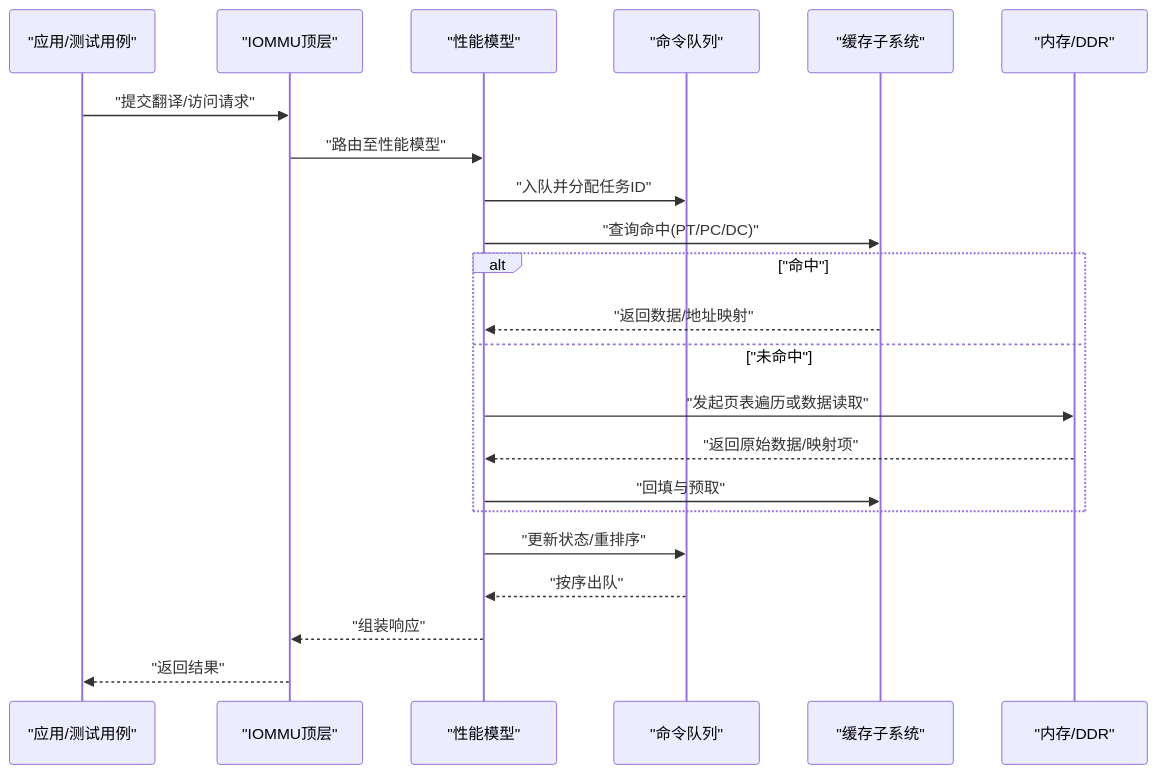
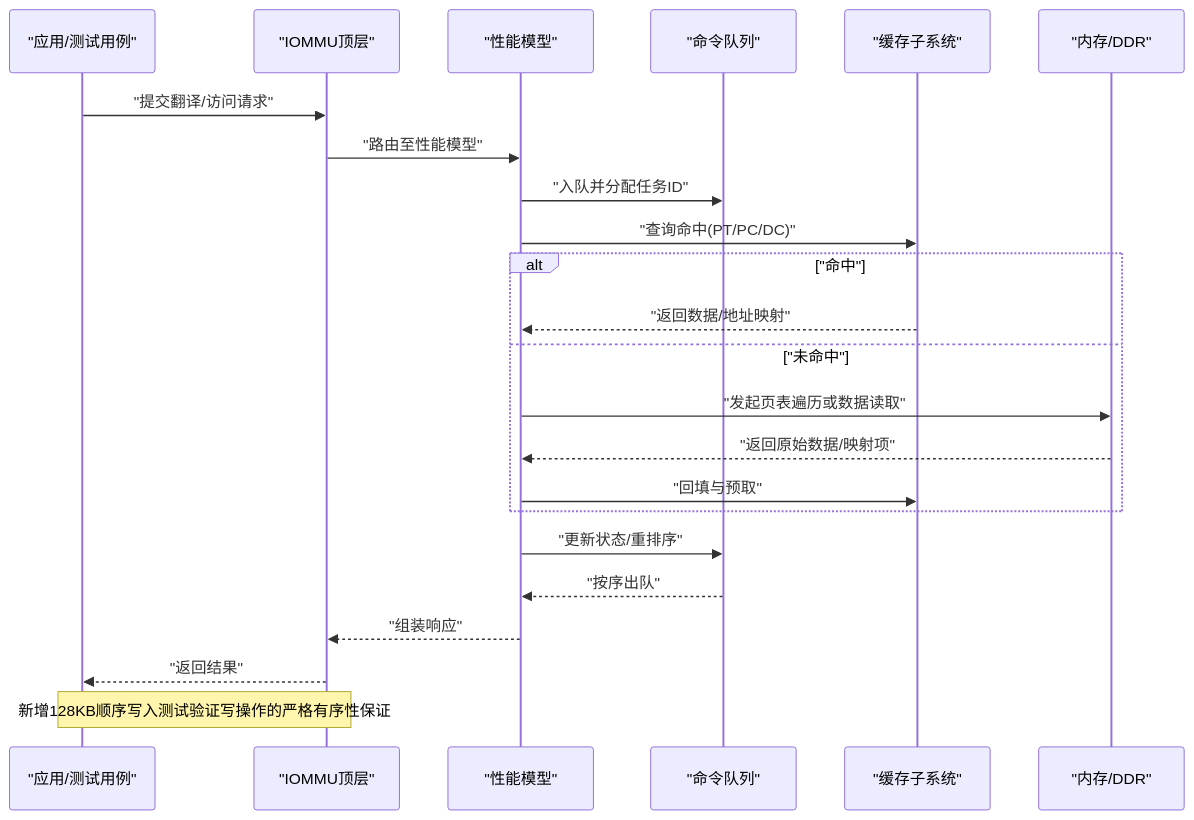
Before and after one commit to jiangjiang1122/iommu_model_20260401_v1: the second of 5 diagrams in .qoder/repowiki/zh/content/测试与验证/性能测试/Scenario 9高性能测试场景.md, drawn with Mermaid. The commit also changed other lines of this file and 159 other files, not shown here.

Commit message:
chore: 更新知识库文档 + 新增PTW并发分析图表与数据文件

````diff
--- a/.qoder/repowiki/zh/content/测试与验证/性能测试/Scenario 9高性能测试场景.md
+++ b/.qoder/repowiki/zh/content/测试与验证/性能测试/Scenario 9高性能测试场景.md
@@ -88,24 +100,25 @@
 ```mermaid
 sequenceDiagram
 participant App as "应用/测试用例"
 participant Top as "IOMMU顶层"
 participant Perf as "性能模型"
 participant Q as "命令队列"
 participant Cache as "缓存子系统"
 participant DDR as "内存/DDR"
 App->>Top : "提交翻译/访问请求"
 Top->>Perf : "路由至性能模型"
 Perf->>Q : "入队并分配任务ID"
 Perf->>Cache : "查询命中(PT/PC/DC)"
 alt "命中"
 Cache-->>Perf : "返回数据/地址映射"
 else "未命中"
 Perf->>DDR : "发起页表遍历或数据读取"
 DDR-->>Perf : "返回原始数据/映射项"
 Perf->>Cache : "回填与预取"
 end
 Perf->>Q : "更新状态/重排序"
 Q-->>Perf : "按序出队"
 Perf-->>Top : "组装响应"
 Top-->>App : "返回结果"
+Note over App,Top : 新增128KB顺序写入测试验证写操作的严格有序性保证
 ```
````
